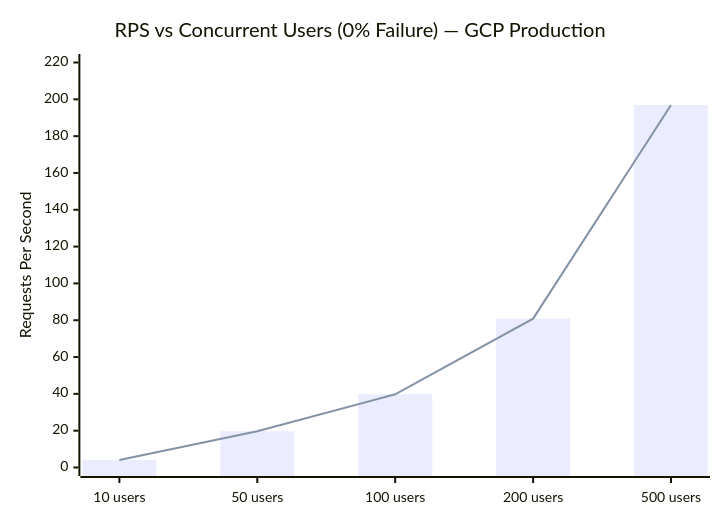
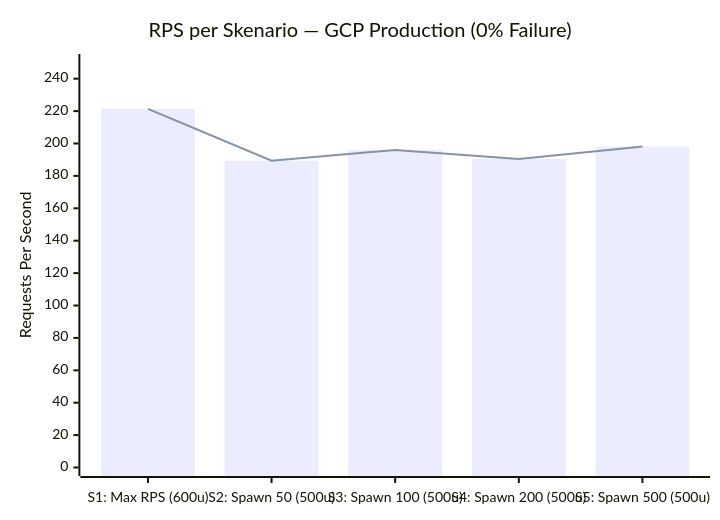
Before and after one commit to baboey/fp-tka-1: the fifth of 5 diagrams in README.md, drawn with Mermaid. The commit also changed other lines of this file, not shown here.

First line of the commit message:
docs: update load test results — 221.40 RPS (full 30/30), fix scenario structure

````diff
--- a/README.md
+++ b/README.md
@@ -1019,8 +1022,8 @@
 ```mermaid
 xychart-beta
-    title "RPS vs Concurrent Users (0% Failure) — GCP Production"
-    x-axis ["10 users", "50 users", "100 users", "200 users", "500 users"]
-    y-axis "Requests Per Second" 0 --> 220
-    bar [4.07, 19.72, 39.76, 80.87, 196.88]
-    line [4.07, 19.72, 39.76, 80.87, 196.88]
+    title "RPS per Skenario — GCP Production (0% Failure)"
+    x-axis ["S1: Max RPS (600u)", "S2: Spawn 50 (500u)", "S3: Spawn 100 (500u)", "S4: Spawn 200 (500u)", "S5: Spawn 500 (500u)"]
+    y-axis "Requests Per Second" 0 --> 250
+    bar [221.40, 189.38, 196.06, 190.50, 198.14]
+    line [221.40, 189.38, 196.06, 190.50, 198.14]
 ```
````
